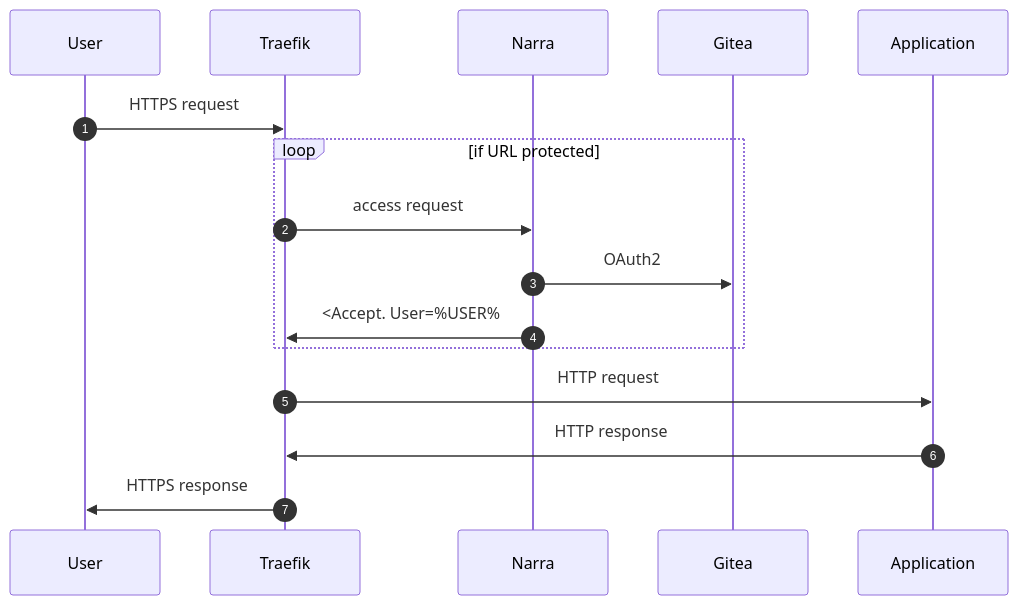
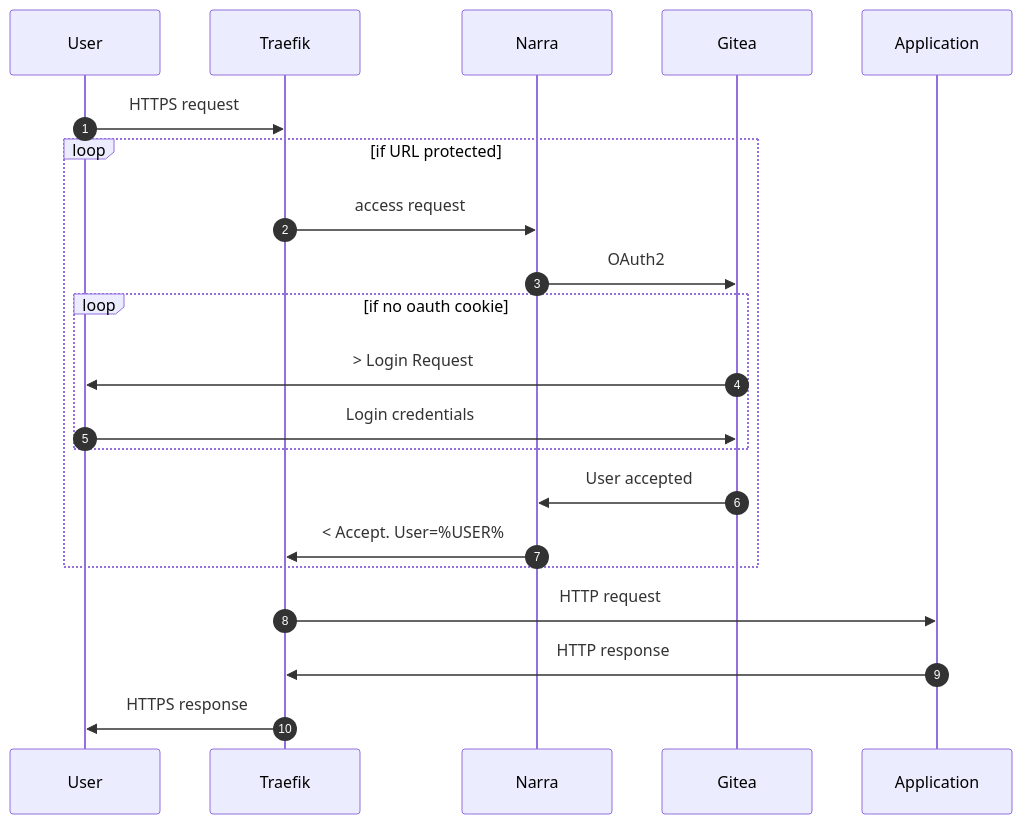
One commit to dopos/dcape changed the fourth of 4 diagrams in charts.md. Above: the diagram before and after it, drawn with Mermaid.

Commit message:
upd: Serve flow

````diff
--- a/charts.md
+++ b/charts.md
@@ -127,19 +127,24 @@
 ```mermaid
 %%{init: {"flowchart": { "curve": "linear"}} }%%
 sequenceDiagram
   autonumber
   participant U as User
   participant T as Traefik
   participant N as Narra
   participant G as Gitea
   participant A as Application
   U->>T: HTTPS request
   loop if URL protected
     T->>N: access request
     N->>G: OAuth2
-    N->>T: <Accept. User=%USER%
+    loop if no oauth cookie
+      G->>U: > Login Request
+      U->>G: Login credentials
+    end
+    G->>N: User accepted
+    N->>T: < Accept. User=%USER%
   end
   T->>A: HTTP request
   A->>T: HTTP response
   T->>U: HTTPS response
 ```
````
